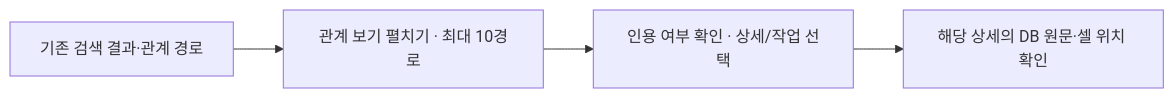
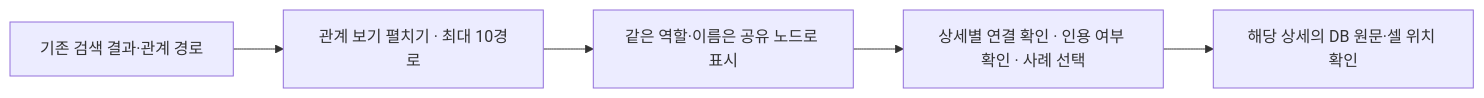
Before and after one commit to pmh10401/cs-excel-rag: the first of 7 diagrams in README.md, drawn with Mermaid. The commit also changed other lines of this file and 12 other files, not shown here.

````diff
--- a/README.md
+++ b/README.md
@@ -11,6 +17,7 @@
 ```mermaid
 flowchart LR
     R[기존 검색 결과·관계 경로] --> V[관계 보기 펼치기 · 최대 10경로]
-    V --> D[인용 여부 확인 · 상세/작업 선택]
+    V --> N[같은 역할·이름은 공유 노드로 표시]
+    N --> D[상세별 연결 확인 · 인용 여부 확인 · 사례 선택]
     D --> O[해당 상세의 DB 원문·셀 위치 확인]
 ```
````
